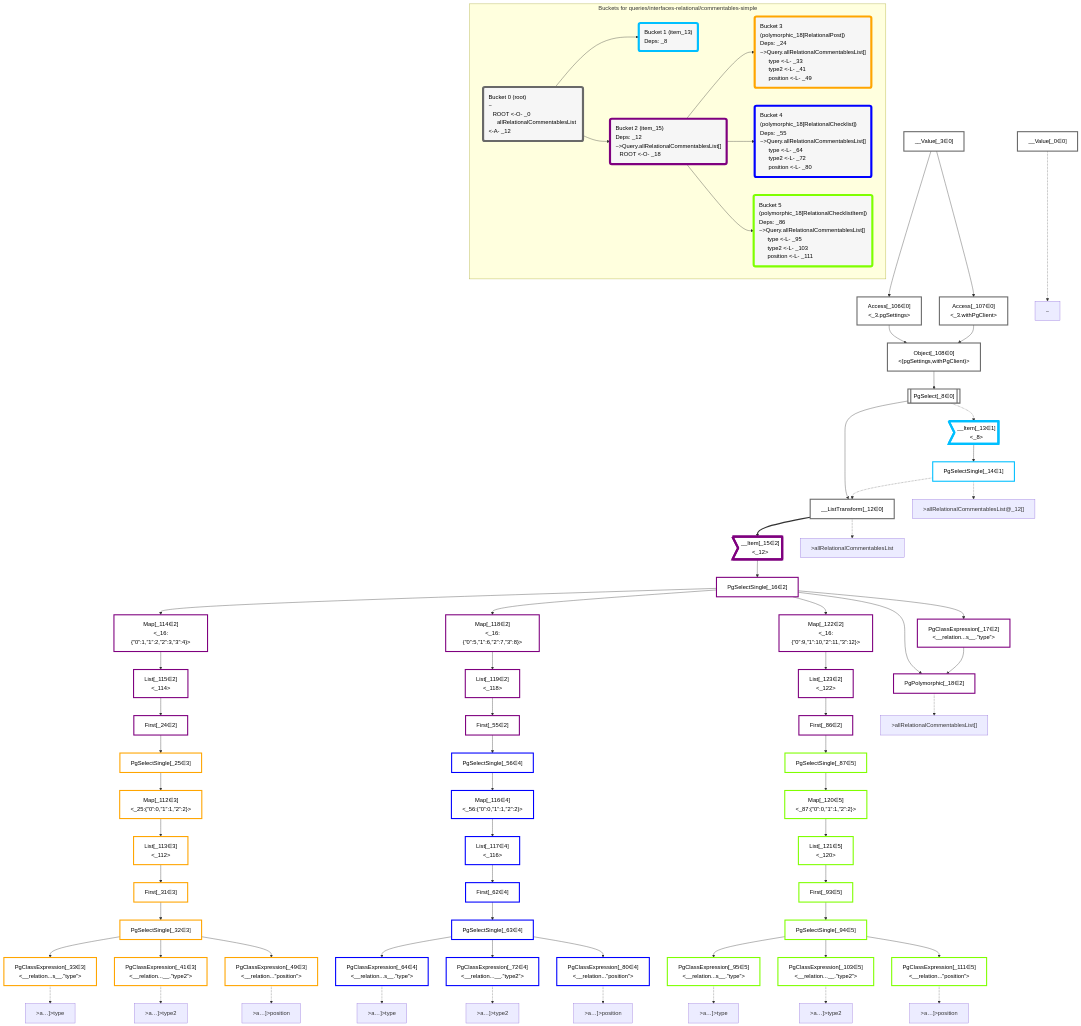
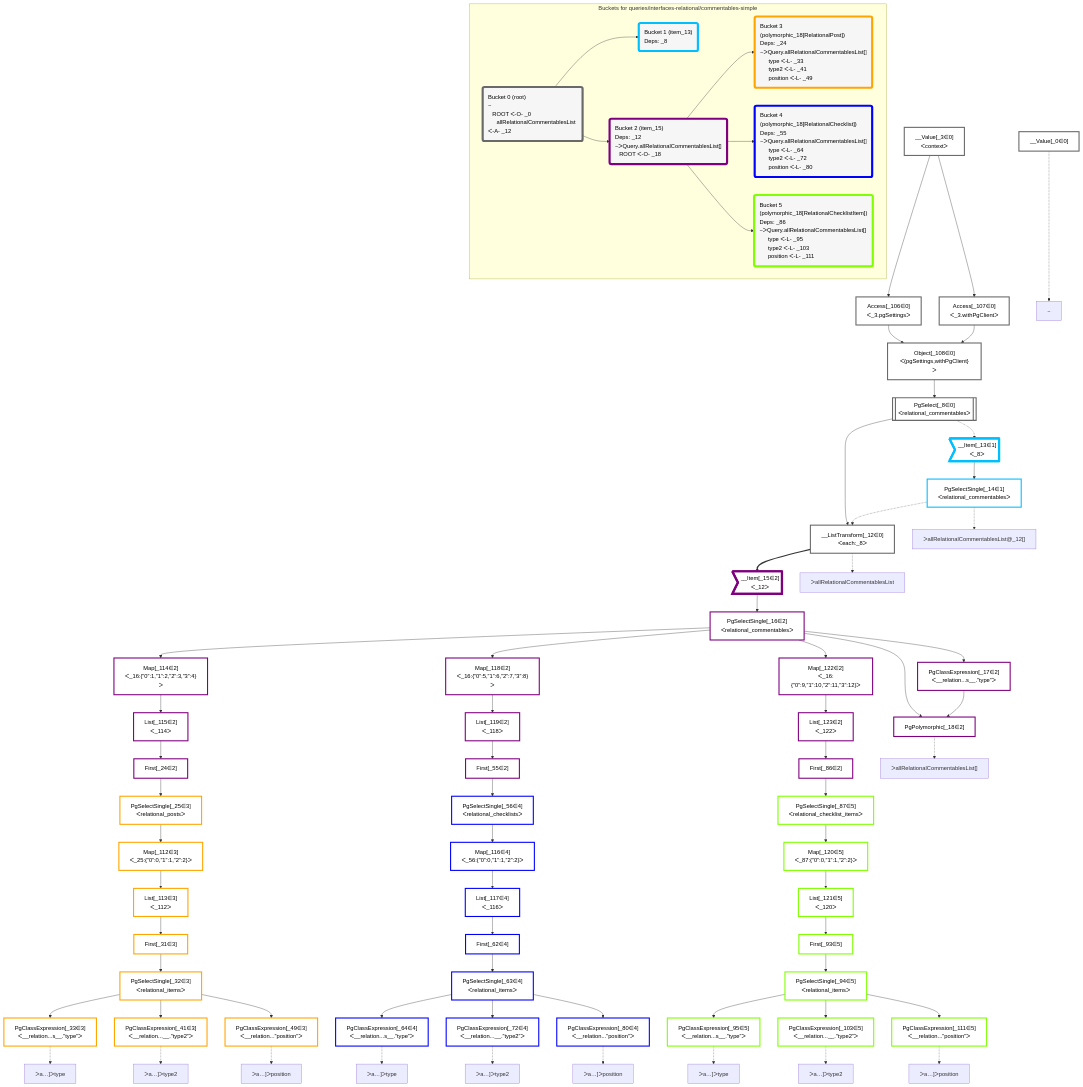
The diagram in packages/dataplan-pg/__tests__/queries/interfaces-relational/commentables-simple.mermaid.md (graphile/crystal), drawn with Mermaid before and after one commit. The commit also changed 195 other files, not shown here.

```diff
--- a/packages/dataplan-pg/__tests__/queries/interfaces-relational/commentables-simple.mermaid.md
+++ b/packages/dataplan-pg/__tests__/queries/interfaces-relational/commentables-simple.mermaid.md
@@ -9,51 +9,51 @@
 
     %% define plans
     __Value_0["__Value[_0∈0]"]:::plan
-    __Value_3["__Value[_3∈0]<br /><context>"]:::plan
-    PgSelect_8[["PgSelect[_8∈0]<br /><relational_commentables>"]]:::plan
-    __ListTransform_12["__ListTransform[_12∈0]<br /><each:_8>"]:::plan
-    __Item_13>"__Item[_13∈1]<br /><_8>"]:::itemplan
-    PgSelectSingle_14["PgSelectSingle[_14∈1]<br /><relational_commentables>"]:::plan
-    __Item_15>"__Item[_15∈2]<br /><_12>"]:::itemplan
-    PgSelectSingle_16["PgSelectSingle[_16∈2]<br /><relational_commentables>"]:::plan
-    PgClassExpression_17["PgClassExpression[_17∈2]<br /><__relation...s__.”type”>"]:::plan
+    __Value_3["__Value[_3∈0]<br />ᐸcontextᐳ"]:::plan
+    PgSelect_8[["PgSelect[_8∈0]<br />ᐸrelational_commentablesᐳ"]]:::plan
+    __ListTransform_12["__ListTransform[_12∈0]<br />ᐸeach:_8ᐳ"]:::plan
+    __Item_13>"__Item[_13∈1]<br />ᐸ_8ᐳ"]:::itemplan
+    PgSelectSingle_14["PgSelectSingle[_14∈1]<br />ᐸrelational_commentablesᐳ"]:::plan
+    __Item_15>"__Item[_15∈2]<br />ᐸ_12ᐳ"]:::itemplan
+    PgSelectSingle_16["PgSelectSingle[_16∈2]<br />ᐸrelational_commentablesᐳ"]:::plan
+    PgClassExpression_17["PgClassExpression[_17∈2]<br />ᐸ__relation...s__.”type”ᐳ"]:::plan
     PgPolymorphic_18["PgPolymorphic[_18∈2]"]:::plan
     First_24["First[_24∈2]"]:::plan
-    PgSelectSingle_25["PgSelectSingle[_25∈3]<br /><relational_posts>"]:::plan
+    PgSelectSingle_25["PgSelectSingle[_25∈3]<br />ᐸrelational_postsᐳ"]:::plan
     First_31["First[_31∈3]"]:::plan
-    PgSelectSingle_32["PgSelectSingle[_32∈3]<br /><relational_items>"]:::plan
-    PgClassExpression_33["PgClassExpression[_33∈3]<br /><__relation...s__.”type”>"]:::plan
-    PgClassExpression_41["PgClassExpression[_41∈3]<br /><__relation...__.”type2”>"]:::plan
-    PgClassExpression_49["PgClassExpression[_49∈3]<br /><__relation...”position”>"]:::plan
+    PgSelectSingle_32["PgSelectSingle[_32∈3]<br />ᐸrelational_itemsᐳ"]:::plan
+    PgClassExpression_33["PgClassExpression[_33∈3]<br />ᐸ__relation...s__.”type”ᐳ"]:::plan
+    PgClassExpression_41["PgClassExpression[_41∈3]<br />ᐸ__relation...__.”type2”ᐳ"]:::plan
+    PgClassExpression_49["PgClassExpression[_49∈3]<br />ᐸ__relation...”position”ᐳ"]:::plan
     First_55["First[_55∈2]"]:::plan
-    PgSelectSingle_56["PgSelectSingle[_56∈4]<br /><relational_checklists>"]:::plan
+    PgSelectSingle_56["PgSelectSingle[_56∈4]<br />ᐸrelational_checklistsᐳ"]:::plan
     First_62["First[_62∈4]"]:::plan
-    PgSelectSingle_63["PgSelectSingle[_63∈4]<br /><relational_items>"]:::plan
-    PgClassExpression_64["PgClassExpression[_64∈4]<br /><__relation...s__.”type”>"]:::plan
-    PgClassExpression_72["PgClassExpression[_72∈4]<br /><__relation...__.”type2”>"]:::plan
-    PgClassExpression_80["PgClassExpression[_80∈4]<br /><__relation...”position”>"]:::plan
+    PgSelectSingle_63["PgSelectSingle[_63∈4]<br />ᐸrelational_itemsᐳ"]:::plan
+    PgClassExpression_64["PgClassExpression[_64∈4]<br />ᐸ__relation...s__.”type”ᐳ"]:::plan
+    PgClassExpression_72["PgClassExpression[_72∈4]<br />ᐸ__relation...__.”type2”ᐳ"]:::plan
+    PgClassExpression_80["PgClassExpression[_80∈4]<br />ᐸ__relation...”position”ᐳ"]:::plan
     First_86["First[_86∈2]"]:::plan
-    PgSelectSingle_87["PgSelectSingle[_87∈5]<br /><relational_checklist_items>"]:::plan
+    PgSelectSingle_87["PgSelectSingle[_87∈5]<br />ᐸrelational_checklist_itemsᐳ"]:::plan
     First_93["First[_93∈5]"]:::plan
-    PgSelectSingle_94["PgSelectSingle[_94∈5]<br /><relational_items>"]:::plan
-    PgClassExpression_95["PgClassExpression[_95∈5]<br /><__relation...s__.”type”>"]:::plan
-    PgClassExpression_103["PgClassExpression[_103∈5]<br /><__relation...__.”type2”>"]:::plan
-    Access_106["Access[_106∈0]<br /><_3.pgSettings>"]:::plan
-    Access_107["Access[_107∈0]<br /><_3.withPgClient>"]:::plan
-    Object_108["Object[_108∈0]<br /><{pgSettings,withPgClient}>"]:::plan
-    PgClassExpression_111["PgClassExpression[_111∈5]<br /><__relation...”position”>"]:::plan
-    Map_112["Map[_112∈3]<br /><_25:{”0”:0,”1”:1,”2”:2}>"]:::plan
-    List_113["List[_113∈3]<br /><_112>"]:::plan
-    Map_114["Map[_114∈2]<br /><_16:{”0”:1,”1”:2,”2”:3,”3”:4}>"]:::plan
-    List_115["List[_115∈2]<br /><_114>"]:::plan
-    Map_116["Map[_116∈4]<br /><_56:{”0”:0,”1”:1,”2”:2}>"]:::plan
-    List_117["List[_117∈4]<br /><_116>"]:::plan
-    Map_118["Map[_118∈2]<br /><_16:{”0”:5,”1”:6,”2”:7,”3”:8}>"]:::plan
-    List_119["List[_119∈2]<br /><_118>"]:::plan
-    Map_120["Map[_120∈5]<br /><_87:{”0”:0,”1”:1,”2”:2}>"]:::plan
-    List_121["List[_121∈5]<br /><_120>"]:::plan
-    Map_122["Map[_122∈2]<br /><_16:{”0”:9,”1”:10,”2”:11,”3”:12}>"]:::plan
-    List_123["List[_123∈2]<br /><_122>"]:::plan
+    PgSelectSingle_94["PgSelectSingle[_94∈5]<br />ᐸrelational_itemsᐳ"]:::plan
+    PgClassExpression_95["PgClassExpression[_95∈5]<br />ᐸ__relation...s__.”type”ᐳ"]:::plan
+    PgClassExpression_103["PgClassExpression[_103∈5]<br />ᐸ__relation...__.”type2”ᐳ"]:::plan
+    Access_106["Access[_106∈0]<br />ᐸ_3.pgSettingsᐳ"]:::plan
+    Access_107["Access[_107∈0]<br />ᐸ_3.withPgClientᐳ"]:::plan
+    Object_108["Object[_108∈0]<br />ᐸ{pgSettings,withPgClient}ᐳ"]:::plan
+    PgClassExpression_111["PgClassExpression[_111∈5]<br />ᐸ__relation...”position”ᐳ"]:::plan
+    Map_112["Map[_112∈3]<br />ᐸ_25:{”0”:0,”1”:1,”2”:2}ᐳ"]:::plan
+    List_113["List[_113∈3]<br />ᐸ_112ᐳ"]:::plan
+    Map_114["Map[_114∈2]<br />ᐸ_16:{”0”:1,”1”:2,”2”:3,”3”:4}ᐳ"]:::plan
+    List_115["List[_115∈2]<br />ᐸ_114ᐳ"]:::plan
+    Map_116["Map[_116∈4]<br />ᐸ_56:{”0”:0,”1”:1,”2”:2}ᐳ"]:::plan
+    List_117["List[_117∈4]<br />ᐸ_116ᐳ"]:::plan
+    Map_118["Map[_118∈2]<br />ᐸ_16:{”0”:5,”1”:6,”2”:7,”3”:8}ᐳ"]:::plan
+    List_119["List[_119∈2]<br />ᐸ_118ᐳ"]:::plan
+    Map_120["Map[_120∈5]<br />ᐸ_87:{”0”:0,”1”:1,”2”:2}ᐳ"]:::plan
+    List_121["List[_121∈5]<br />ᐸ_120ᐳ"]:::plan
+    Map_122["Map[_122∈2]<br />ᐸ_16:{”0”:9,”1”:10,”2”:11,”3”:12}ᐳ"]:::plan
+    List_123["List[_123∈2]<br />ᐸ_122ᐳ"]:::plan
 
     %% plan dependencies
     Object_108 --> PgSelect_8
@@ -107,29 +107,29 @@
     %% plan-to-path relationships
     P_0["~"]
     __Value_0 -.-> P_0
-    P_12[">allRelationalCommentablesList"]
+    P_12["ᐳallRelationalCommentablesList"]
     __ListTransform_12 -.-> P_12
-    P_14[">allRelationalCommentablesList@_12[]"]
+    P_14["ᐳallRelationalCommentablesList@_12[]"]
     PgSelectSingle_14 -.-> P_14
-    P_18[">allRelationalCommentablesList[]"]
+    P_18["ᐳallRelationalCommentablesList[]"]
     PgPolymorphic_18 -.-> P_18
-    P_33[">a…]>type"]
+    P_33["ᐳa…]ᐳtype"]
     PgClassExpression_33 -.-> P_33
-    P_41[">a…]>type2"]
+    P_41["ᐳa…]ᐳtype2"]
     PgClassExpression_41 -.-> P_41
-    P_49[">a…]>position"]
+    P_49["ᐳa…]ᐳposition"]
     PgClassExpression_49 -.-> P_49
-    P_64[">a…]>type"]
+    P_64["ᐳa…]ᐳtype"]
     PgClassExpression_64 -.-> P_64
-    P_72[">a…]>type2"]
+    P_72["ᐳa…]ᐳtype2"]
     PgClassExpression_72 -.-> P_72
-    P_80[">a…]>position"]
+    P_80["ᐳa…]ᐳposition"]
     PgClassExpression_80 -.-> P_80
-    P_95[">a…]>type"]
+    P_95["ᐳa…]ᐳtype"]
     PgClassExpression_95 -.-> P_95
-    P_103[">a…]>type2"]
+    P_103["ᐳa…]ᐳtype2"]
     PgClassExpression_103 -.-> P_103
-    P_111[">a…]>position"]
+    P_111["ᐳa…]ᐳposition"]
     PgClassExpression_111 -.-> P_111
 
     %% allocate buckets
@@ -147,21 +147,21 @@
     class PgSelectSingle_87,First_93,PgSelectSingle_94,PgClassExpression_95,PgClassExpression_103,PgClassExpression_111,Map_120,List_121 bucket5
 
     subgraph "Buckets for queries/interfaces-relational/commentables-simple"
-    Bucket0("Bucket 0 (root)<br />~<br />⠀ROOT <-O- _0<br />⠀⠀allRelationalCommentablesList <-A- _12"):::bucket
+    Bucket0("Bucket 0 (root)<br />~<br />⠀ROOT ᐸ-O- _0<br />⠀⠀allRelationalCommentablesList ᐸ-A- _12"):::bucket
     style Bucket0 stroke:#696969
     Bucket1("Bucket 1 (item_13)<br />Deps: _8"):::bucket
     style Bucket1 stroke:#00bfff
     Bucket0 --> Bucket1
-    Bucket2("Bucket 2 (item_15)<br />Deps: _12<br />~>Query.allRelationalCommentablesList[]<br />⠀ROOT <-O- _18"):::bucket
+    Bucket2("Bucket 2 (item_15)<br />Deps: _12<br />~ᐳQuery.allRelationalCommentablesList[]<br />⠀ROOT ᐸ-O- _18"):::bucket
     style Bucket2 stroke:#7f007f
     Bucket0 --> Bucket2
-    Bucket3("Bucket 3 (polymorphic_18[RelationalPost])<br />Deps: _24<br />~>Query.allRelationalCommentablesList[]<br />⠀⠀type <-L- _33<br />⠀⠀type2 <-L- _41<br />⠀⠀position <-L- _49"):::bucket
+    Bucket3("Bucket 3 (polymorphic_18[RelationalPost])<br />Deps: _24<br />~ᐳQuery.allRelationalCommentablesList[]<br />⠀⠀type ᐸ-L- _33<br />⠀⠀type2 ᐸ-L- _41<br />⠀⠀position ᐸ-L- _49"):::bucket
     style Bucket3 stroke:#ffa500
     Bucket2 --> Bucket3
-    Bucket4("Bucket 4 (polymorphic_18[RelationalChecklist])<br />Deps: _55<br />~>Query.allRelationalCommentablesList[]<br />⠀⠀type <-L- _64<br />⠀⠀type2 <-L- _72<br />⠀⠀position <-L- _80"):::bucket
+    Bucket4("Bucket 4 (polymorphic_18[RelationalChecklist])<br />Deps: _55<br />~ᐳQuery.allRelationalCommentablesList[]<br />⠀⠀type ᐸ-L- _64<br />⠀⠀type2 ᐸ-L- _72<br />⠀⠀position ᐸ-L- _80"):::bucket
     style Bucket4 stroke:#0000ff
     Bucket2 --> Bucket4
-    Bucket5("Bucket 5 (polymorphic_18[RelationalChecklistItem])<br />Deps: _86<br />~>Query.allRelationalCommentablesList[]<br />⠀⠀type <-L- _95<br />⠀⠀type2 <-L- _103<br />⠀⠀position <-L- _111"):::bucket
+    Bucket5("Bucket 5 (polymorphic_18[RelationalChecklistItem])<br />Deps: _86<br />~ᐳQuery.allRelationalCommentablesList[]<br />⠀⠀type ᐸ-L- _95<br />⠀⠀type2 ᐸ-L- _103<br />⠀⠀position ᐸ-L- _111"):::bucket
     style Bucket5 stroke:#7fff00
     Bucket2 --> Bucket5
     end
```
